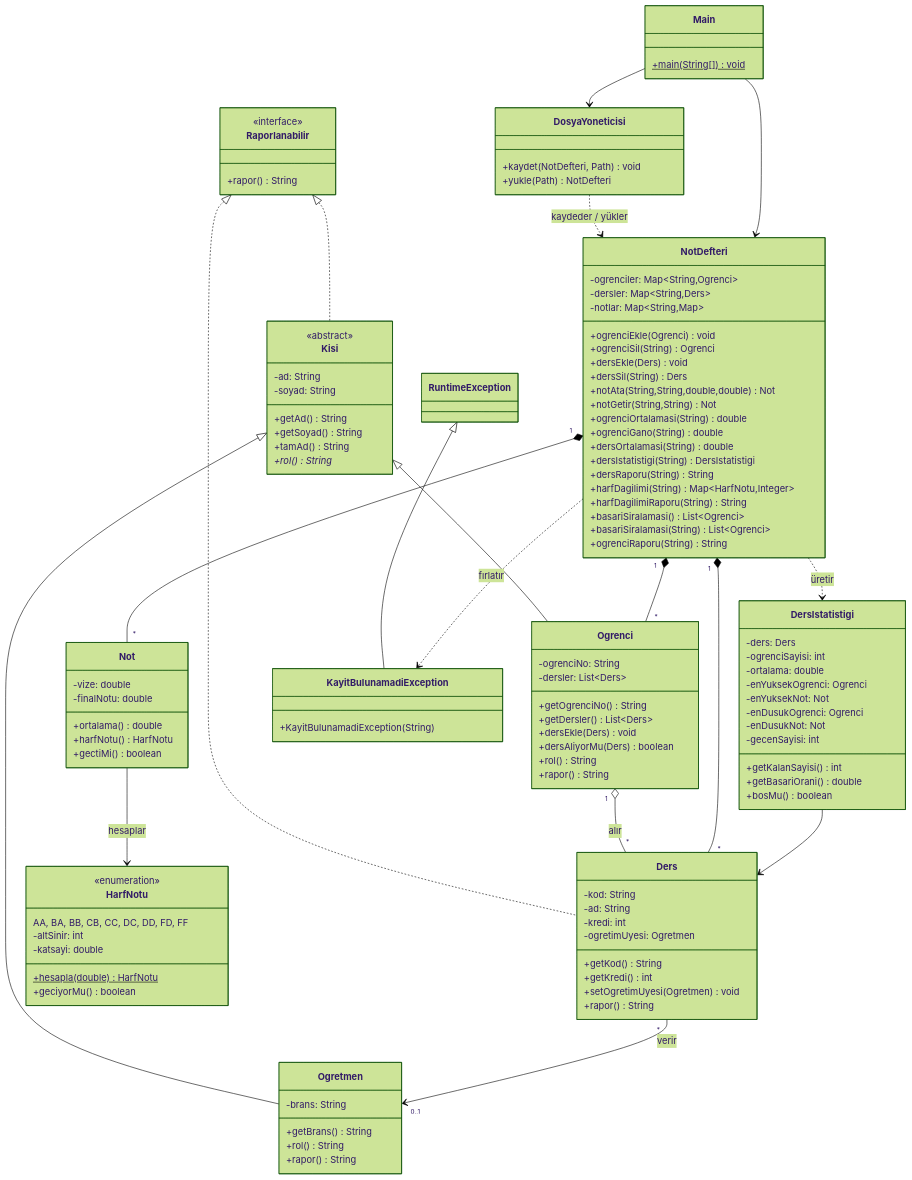
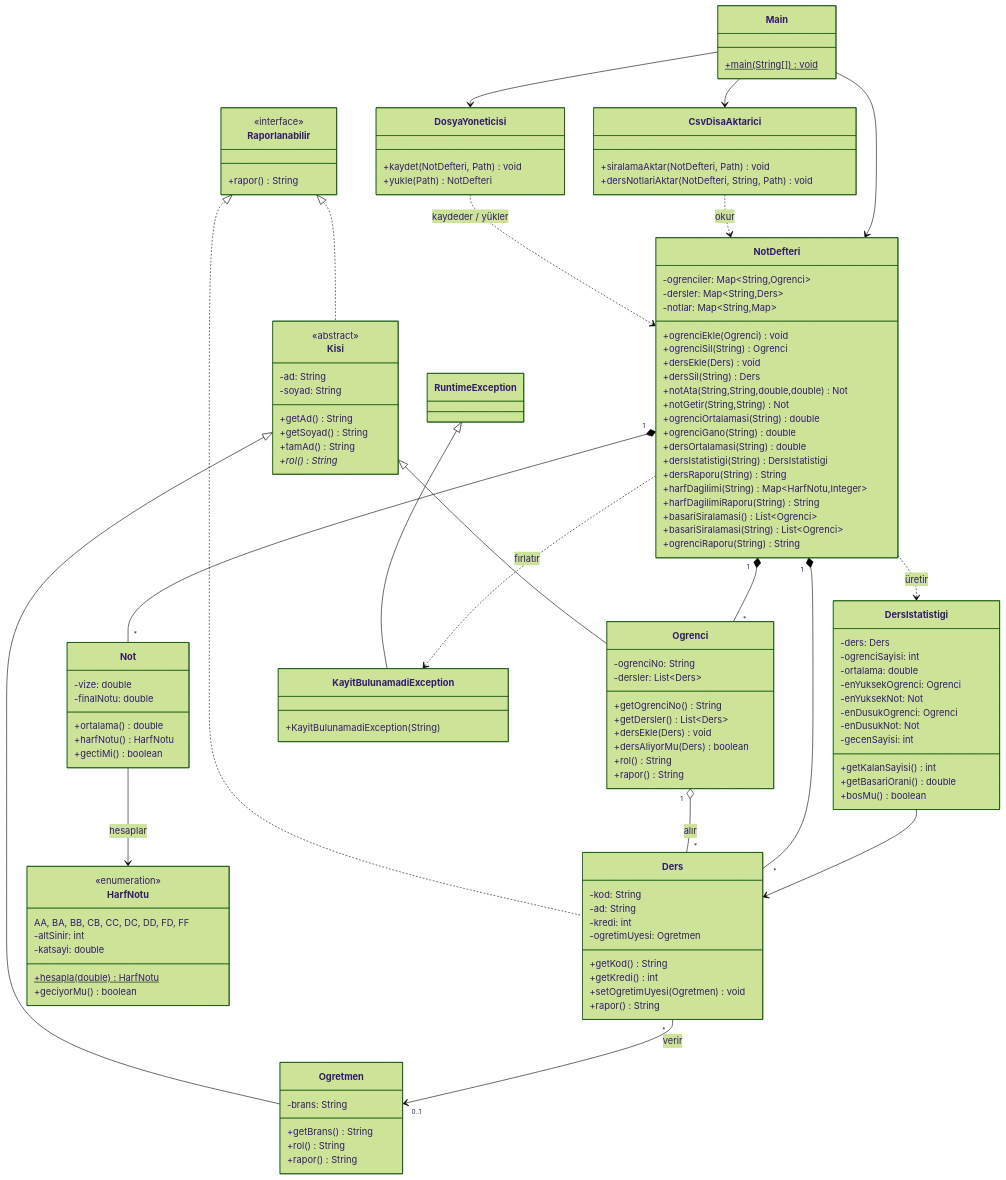
The diagram in README.md (SKXAN/kyz205-proje-grup-4), drawn with Mermaid (forest theme) before and after one commit. The commit also changed other lines of this file and 4 other files, not shown here.

````diff
--- a/README.md
+++ b/README.md
@@ -148,6 +149,11 @@
         +yukle(Path) NotDefteri
     }
 
+    class CsvDisaAktarici {
+        +siralamaAktar(NotDefteri, Path) void
+        +dersNotlariAktar(NotDefteri, String, Path) void
+    }
+
     class KayitBulunamadiException {
         +KayitBulunamadiException(String)
     }
@@ -172,6 +178,8 @@
     DersIstatistigi --> Ders
     NotDefteri ..> KayitBulunamadiException : fırlatır
     DosyaYoneticisi ..> NotDefteri : kaydeder / yükler
+    CsvDisaAktarici ..> NotDefteri : okur
     Main --> NotDefteri
     Main --> DosyaYoneticisi
+    Main --> CsvDisaAktarici
 ```
````
